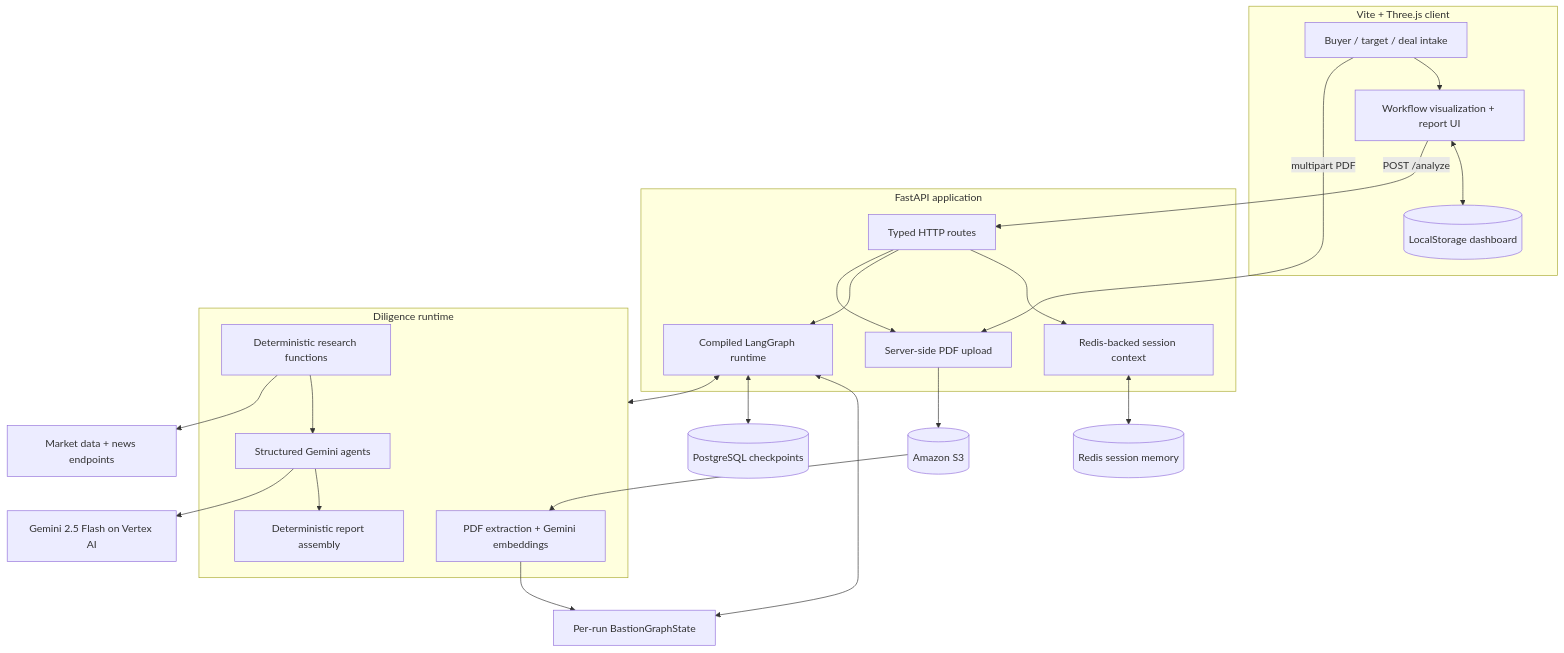
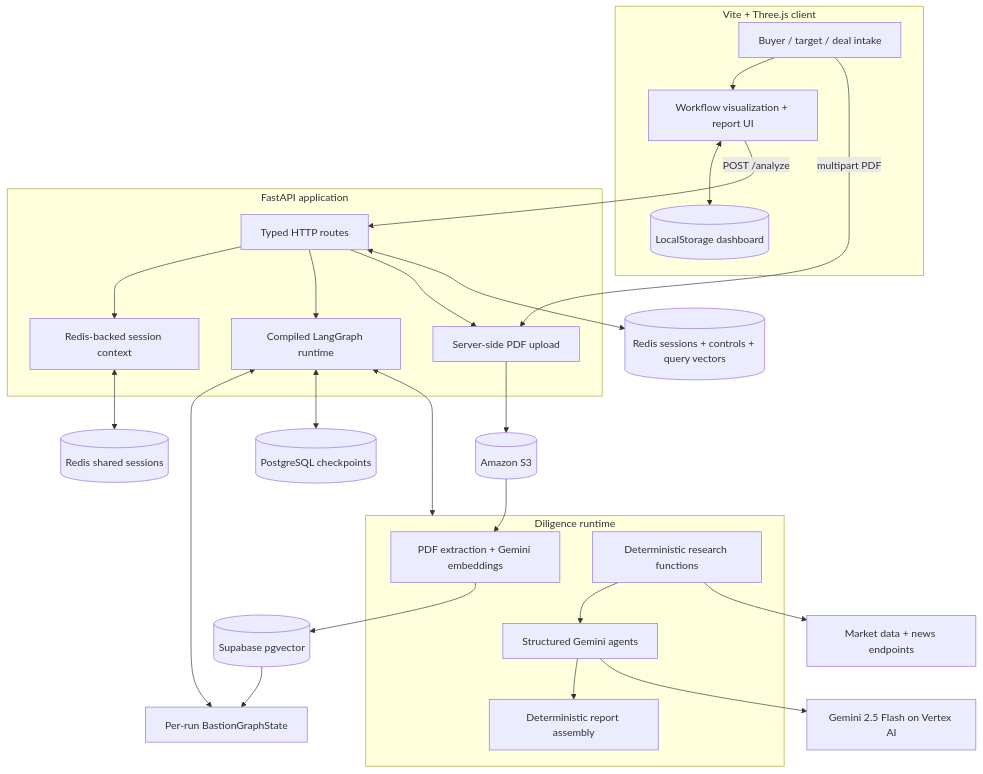
Before and after one commit to rogerrrmalcolm/Bastion: the first of 3 diagrams in README.md, drawn with Mermaid. The commit also changed other lines of this file and 35 other files, not shown here.

````diff
--- a/README.md
+++ b/README.md
@@ -23,39 +23,41 @@
 ```mermaid
 flowchart TB
     subgraph Browser["Vite + Three.js client"]
         Intake["Buyer / target / deal intake"]
         UI["Workflow visualization + report UI"]
         LocalDash[("LocalStorage dashboard")]
         Intake --> UI
         UI <--> LocalDash
     end
 
     subgraph API["FastAPI application"]
         Routes["Typed HTTP routes"]
         Upload["Server-side PDF upload"]
         Session["Redis-backed session context"]
         Graph["Compiled LangGraph runtime"]
         Routes --> Session
         Routes --> Graph
         Routes --> Upload
     end
 
     subgraph Runtime["Diligence runtime"]
         Documents["PDF extraction + Gemini embeddings"]
         Research["Deterministic research functions"]
         Agents["Structured Gemini agents"]
         Report["Deterministic report assembly"]
         Research --> Agents --> Report
     end
 
     UI -->|"POST /analyze"| Routes
     Intake -->|"multipart PDF"| Upload
     Graph <--> Runtime
-    Session <--> Memory[("Redis session memory")]
+    Session <--> Memory[("Redis shared sessions")]
+    Routes <--> RedisControl[("Redis sessions + controls + query vectors")]
     Graph <--> State["Per-run BastionGraphState"]
     Graph <--> Checkpoints[("PostgreSQL checkpoints")]
     Upload --> S3[("Amazon S3")]
-    S3 --> Documents --> State
+    S3 --> Documents --> Vectors[("Supabase pgvector")]
+    Vectors --> State
     Research --> PublicData["Market data + news endpoints"]
     Agents --> Gemini["Gemini 2.5 Flash on Vertex AI"]
 ```
````
